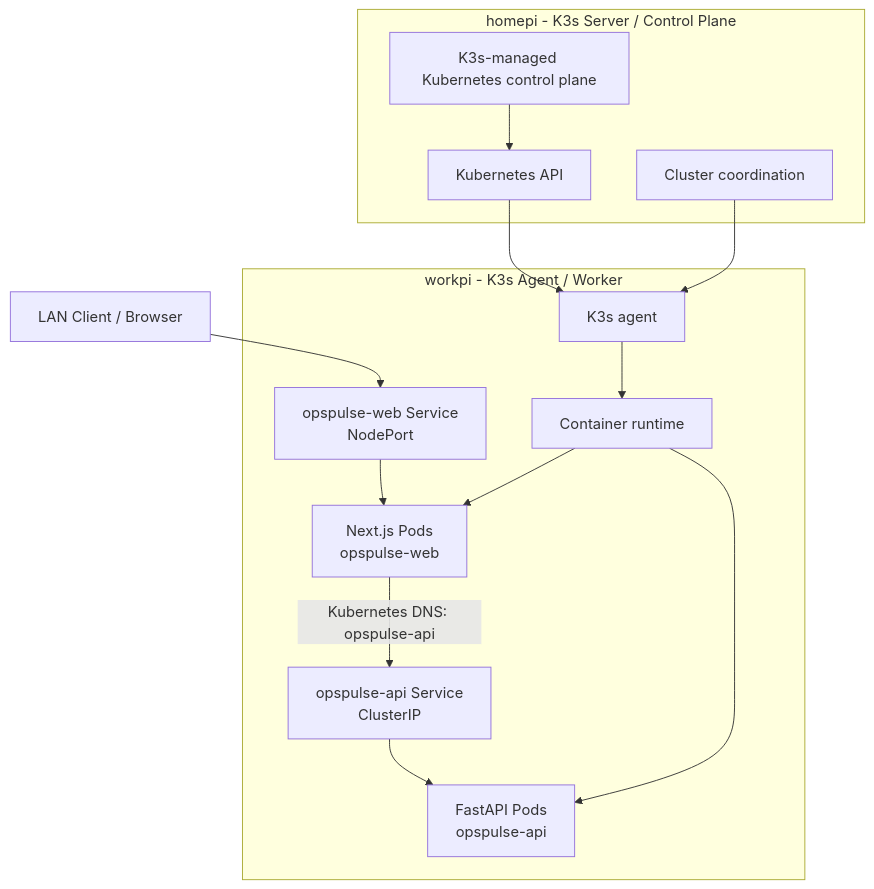
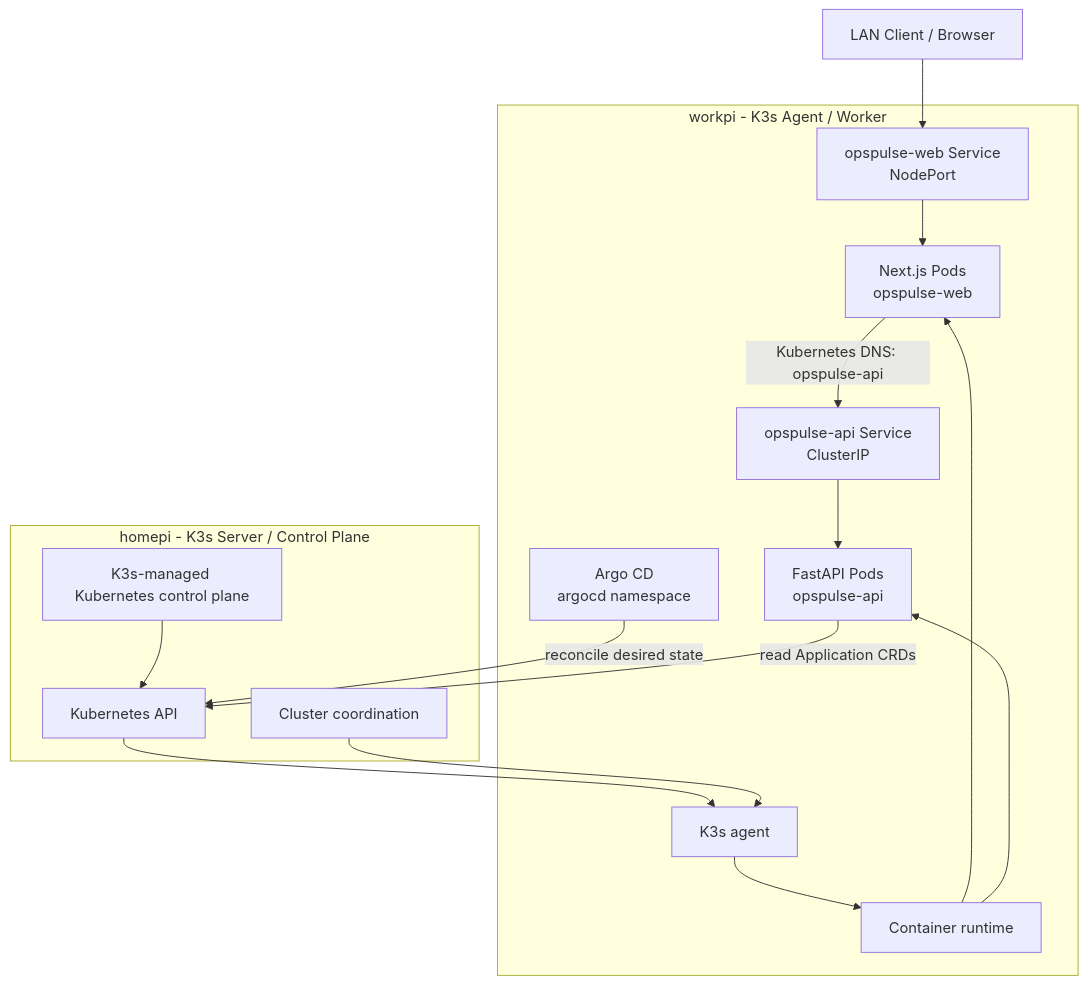
One commit to mo-abdulai/bare-metal-kubernetes-reliability-platform changed the diagram in docs/architecture/cluster-topology.md. Above: the diagram before and after it, drawn with Mermaid. The commit also changed other lines of this file and 63 other files, not shown here.

````diff
--- a/docs/architecture/cluster-topology.md
+++ b/docs/architecture/cluster-topology.md
@@ -20,30 +20,33 @@
 ```mermaid
 flowchart TB
     Client["LAN Client / Browser"]
 
     subgraph ControlPlane["homepi - K3s Server / Control Plane"]
         K3sServer["K3s-managed Kubernetes control plane"]
         API["Kubernetes API"]
         Coordination["Cluster coordination"]
     end
 
     subgraph Worker["workpi - K3s Agent / Worker"]
         K3sAgent["K3s agent"]
         Runtime["Container runtime"]
         WebSvc["opspulse-web Service\nNodePort"]
         WebPods["Next.js Pods\nopspulse-web"]
         ApiSvc["opspulse-api Service\nClusterIP"]
         ApiPods["FastAPI Pods\nopspulse-api"]
+        Argo["Argo CD\nargocd namespace"]
     end
 
     K3sServer --> API
     API --> K3sAgent
     Coordination --> K3sAgent
     K3sAgent --> Runtime
     Client --> WebSvc
     WebSvc --> WebPods
     WebPods -->|"Kubernetes DNS: opspulse-api"| ApiSvc
     ApiSvc --> ApiPods
+    Argo -->|"reconcile desired state"| API
+    ApiPods -->|"read Application CRDs"| API
     Runtime --> WebPods
     Runtime --> ApiPods
 ```
````
